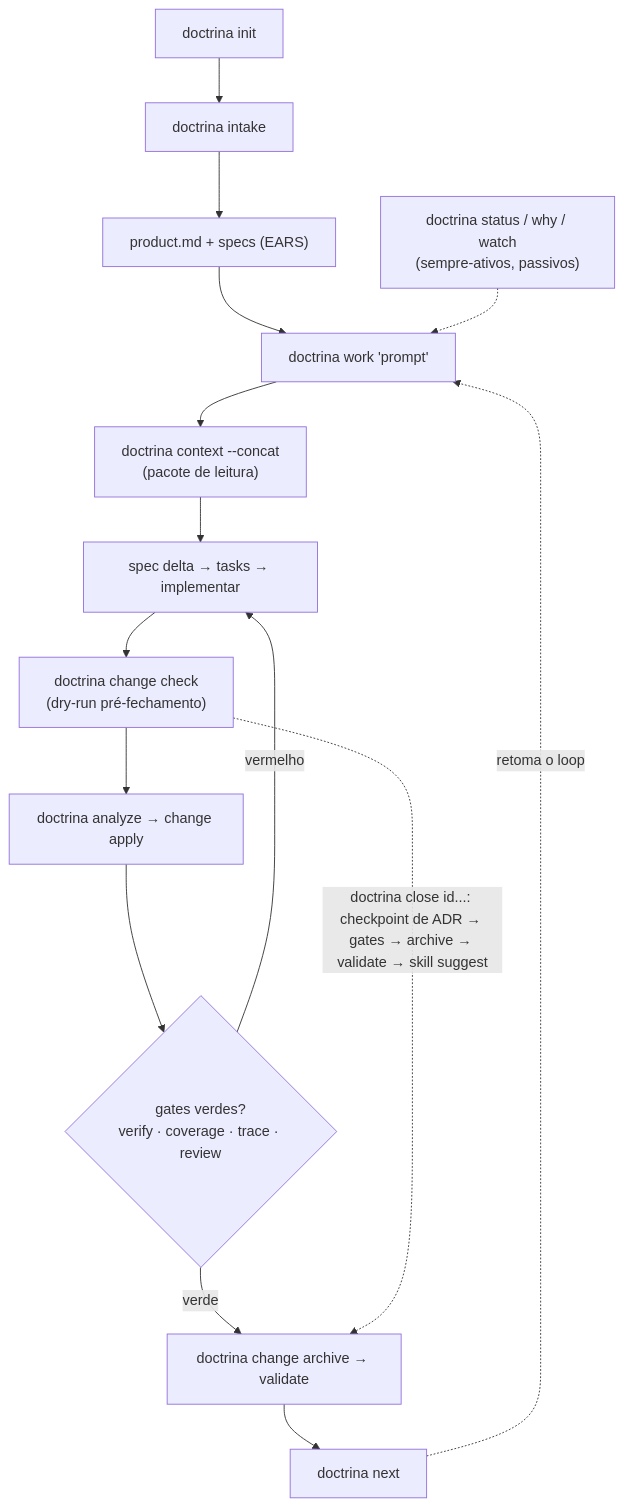
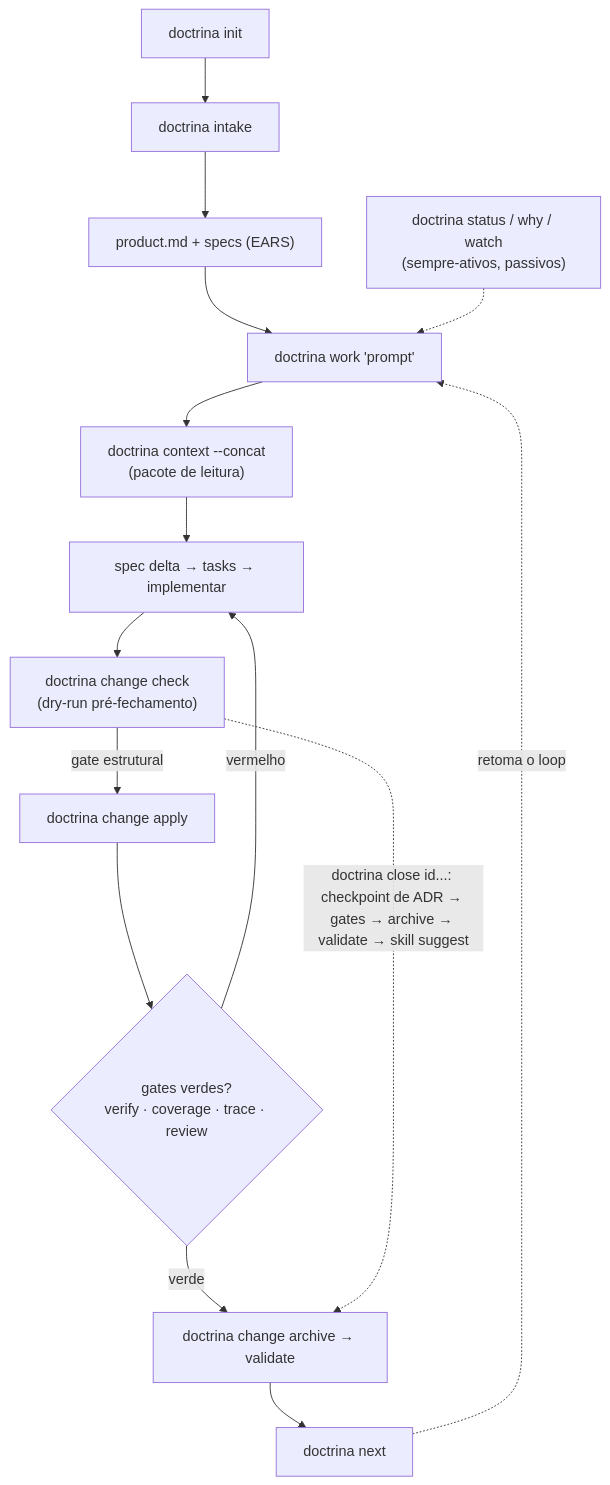
One commit to GCarin1/Doctrina changed the diagram in README.pt.md. Above: the diagram before and after it, drawn with Mermaid. The commit also changed other lines of this file and 38 other files, not shown here.

````diff
--- a/README.pt.md
+++ b/README.pt.md
@@ -40,18 +40,18 @@
 ```mermaid
 flowchart TD
     I["doctrina init"] --> N["doctrina intake"]
     N --> P["product.md + specs (EARS)"]
     P --> W["doctrina work 'prompt'"]
     C["doctrina context --concat<br/>(pacote de leitura)"]
     W --> C
     C --> E["spec delta → tasks → implementar"]
     E --> CK["doctrina change check<br/>(dry-run pré-fechamento)"]
-    CK --> AP["doctrina analyze → change apply"]
+    CK -- "gate estrutural" --> AP["doctrina change apply"]
     AP --> GATE{"gates verdes?<br/>verify · coverage · trace · review"}
     GATE -- "vermelho" --> E
     GATE -- "verde" --> AR["doctrina change archive → validate"]
     AR --> NX["doctrina next"]
     NX -. "retoma o loop" .-> W
     CK -. "doctrina close id...: checkpoint de ADR → gates → archive → validate → skill suggest" .-> AR
     STAT["doctrina status / why / watch<br/>(sempre-ativos, passivos)"] -.-> W
 ```
````
